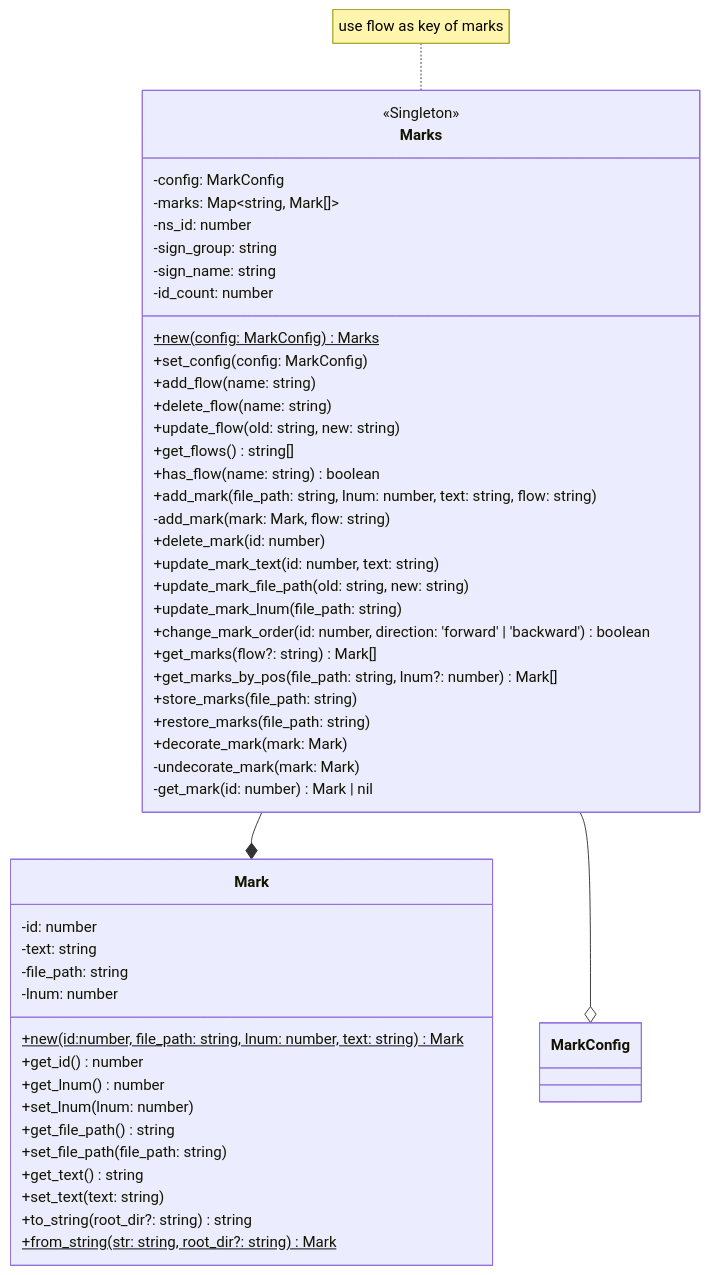
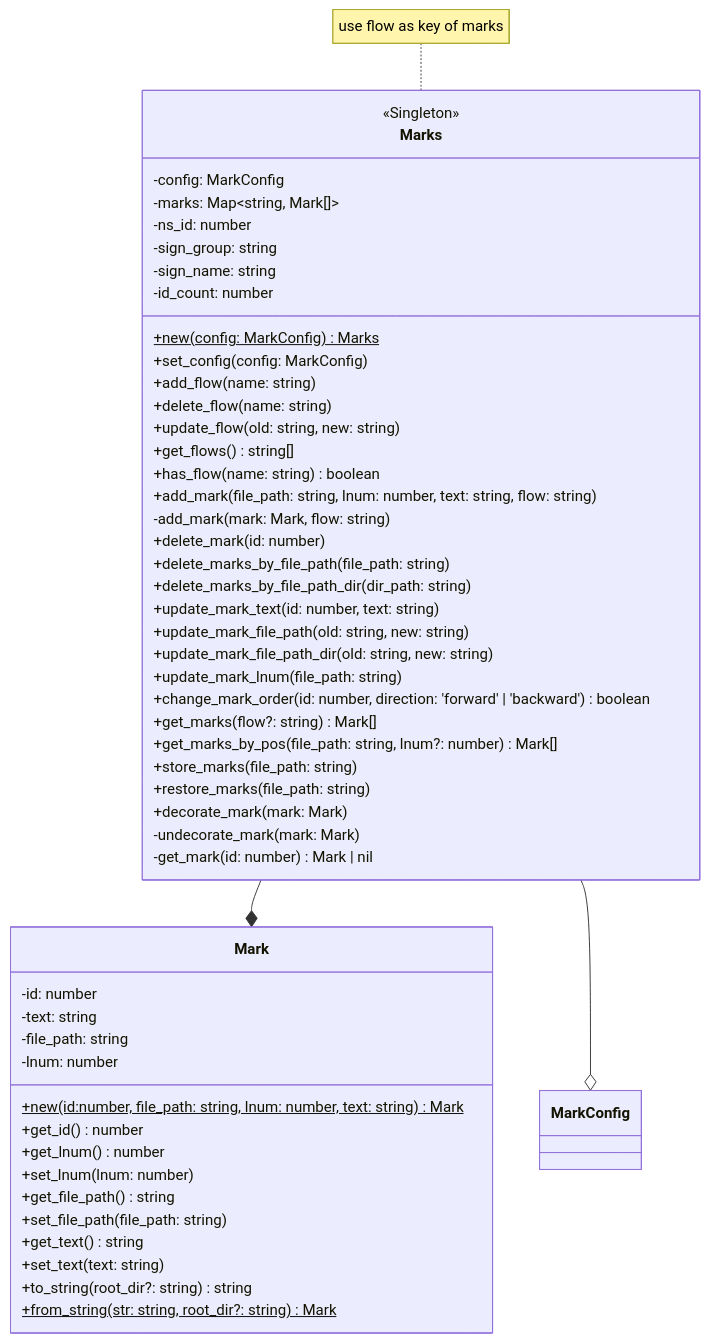
One commit to niuiic/track.nvim changed the tenth of 25 diagrams in DESIGN.md. Above: the diagram before and after it, drawn with Mermaid. The commit also changed other lines of this file and 4 other files, not shown here.

````diff
--- a/DESIGN.md
+++ b/DESIGN.md
@@ -215,60 +216,63 @@
 ```mermaid
 classDiagram
     note for Marks "use flow as key of marks"
     Marks --* Mark
     Marks --o MarkConfig
     class Marks {
         <<Singleton>>
 
         -config: MarkConfig
         -marks: Map~string, Mark[]~
         -ns_id: number
         -sign_group: string
         -sign_name: string
         -id_count: number
 
         %% new
         +new(config: MarkConfig)$ Marks
         %% config
         +set_config(config: MarkConfig)
         %% flow
         +add_flow(name: string)
         +delete_flow(name: string)
         +update_flow(old: string, new: string)
         +get_flows() string[]
         +has_flow(name: string) boolean
         %% mark
         +add_mark(file_path: string, lnum: number, text: string, flow: string)
         -add_mark(mark: Mark, flow: string)
         +delete_mark(id: number)
+        +delete_marks_by_file_path(file_path: string)
+        +delete_marks_by_file_path_dir(dir_path: string)
         +update_mark_text(id: number, text: string)
         +update_mark_file_path(old: string, new: string)
+        +update_mark_file_path_dir(old: string, new: string)
         +update_mark_lnum(file_path: string)
         +change_mark_order(id: number, direction: 'forward' | 'backward') boolean
         +get_marks(flow?: string) Mark[]
         +get_marks_by_pos(file_path: string, lnum?: number) Mark[]
         +store_marks(file_path: string)
         +restore_marks(file_path: string)
         +decorate_mark(mark: Mark)
         -undecorate_mark(mark: Mark)
         -get_mark(id: number) Mark | nil
     }
 
     class Mark {
         -id: number
         -text: string
         -file_path: string
         -lnum: number
 
         +new(id:number, file_path: string, lnum: number, text: string)$ Mark
         +get_id() number
         +get_lnum() number
         +set_lnum(lnum: number)
         +get_file_path() string
         +set_file_path(file_path: string)
         +get_text() string
         +set_text(text: string)
         +to_string(root_dir?: string) string
         +from_string(str: string, root_dir?: string)$ Mark
     }
 ```
````
